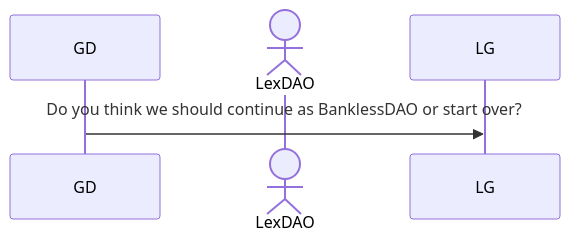
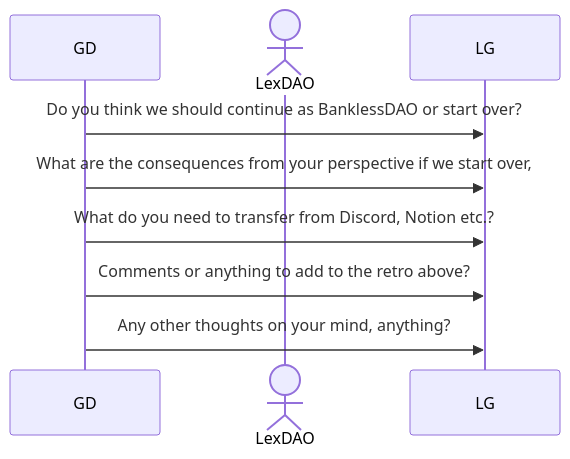
Before and after one commit to lexDAO/hackmd: the diagram in Override/2024-04-09 1stResponder.md, drawn with Mermaid.

Commit message:
Update 2024-04-09 1stResponder.md

`````diff
--- a/Override/2024-04-09 1stResponder.md
+++ b/Override/2024-04-09 1stResponder.md
@@ -15,8 +15,13 @@
 ````mermaid
 sequenceDiagram
 participant  GD
 actor LexDAO
 participant  LG
 GD->>LG: Do you think we should continue as BanklessDAO or start over?
+GD->>LG: What are the consequences from your perspective if we start over, 
+GD->>LG: What do you need to transfer from Discord, Notion etc.?
+GD->>LG: Comments or anything to add to the retro above?
+
+GD->>LG: Any other thoughts on your mind, anything?
 
 ````
`````
